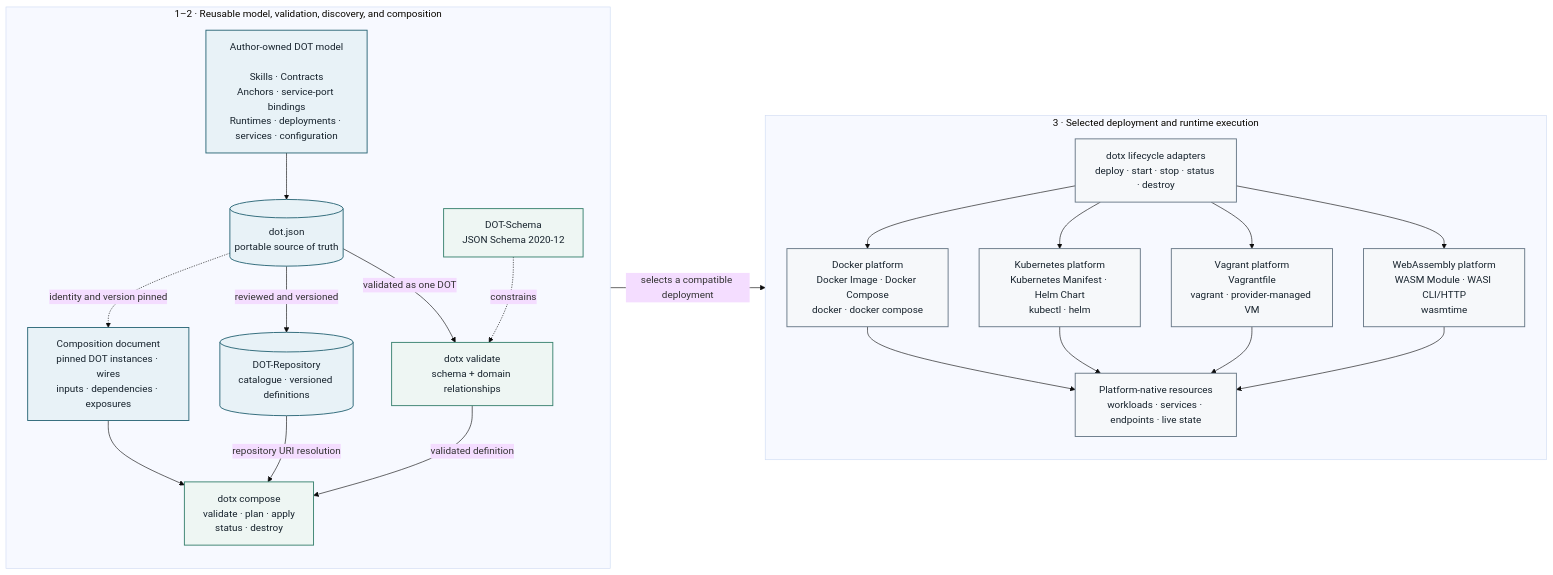
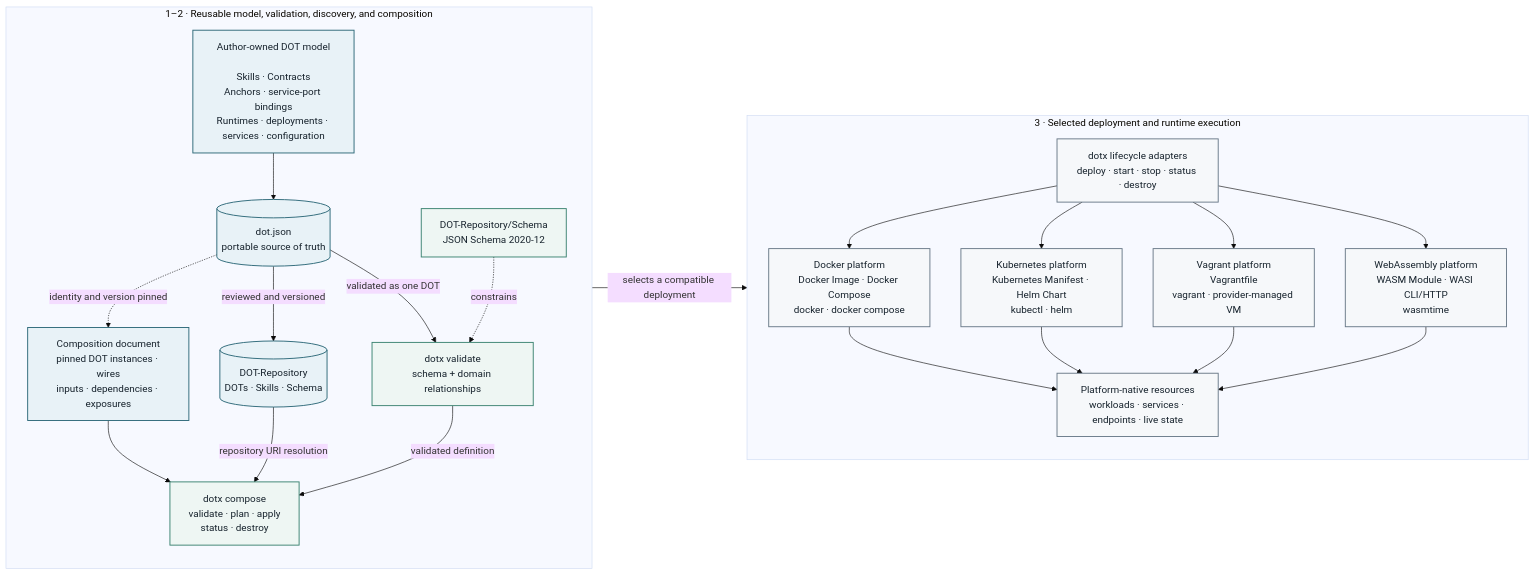
One commit to MARE-EU-Project/DOT-Docs changed the diagram in DOT-Design/0.2.0-rc.2/dot-design/_attachments/diagrams/dot-system-context.mmd. Above: the diagram before and after it, drawn with Mermaid (base theme). The commit also changed 21 other files, not shown here.

```diff
--- a/DOT-Design/0.2.0-rc.2/dot-design/_attachments/diagrams/dot-system-context.mmd
+++ b/DOT-Design/0.2.0-rc.2/dot-design/_attachments/diagrams/dot-system-context.mmd
@@ -1,52 +1,52 @@
 flowchart LR
   accTitle: DOT-Design system context and supported runtime mappings
-  accDescr: DOT authors combine capabilities, contracts, anchors, service bindings, configuration, and runtime declarations in dot.json. DOT-Schema and dotx validate the reusable definition, DOT-Repository versions it, and a separate composition pins instances and wires. The dotx lifecycle layer deploys Docker images, Docker Compose, Kubernetes manifests, Helm charts, Vagrantfiles, and SHA-256-pinned WebAssembly modules through Wasmtime and WASI.
+  accDescr: DOT authors combine capabilities, contracts, anchors, service bindings, configuration, and runtime declarations in dot.json. DOT-Repository co-versions definitions, the generated schema, and high-level skill classifications; dotx validates the reusable definition, and a separate composition pins instances and wires. The dotx lifecycle layer deploys Docker images, Docker Compose, Kubernetes manifests, Helm charts, Vagrantfiles, and SHA-256-pinned WebAssembly modules through Wasmtime and WASI.
 
   subgraph DesignTime["1–2 · Reusable model, validation, discovery, and composition"]
     direction TB
     Authored["Author-owned DOT model<br/><br/>Skills · Contracts<br/>Anchors · service-port bindings<br/>Runtimes · deployments · services · configuration"]
     Dot[("dot.json<br/>portable source of truth")]
     Authored --> Dot
 
-    Schema["DOT-Schema<br/>JSON Schema 2020-12"] -.->|constrains| Validation["dotx validate<br/>schema + domain relationships"]
-    Repository[("DOT-Repository<br/>catalogue · versioned definitions")]
+    Schema["DOT-Repository/Schema<br/>JSON Schema 2020-12"] -.->|constrains| Validation["dotx validate<br/>schema + domain relationships"]
+    Repository[("DOT-Repository<br/>DOTs · Skills · Schema")]
     Document["Composition document<br/>pinned DOT instances · wires<br/>inputs · dependencies · exposures"]
     Compose["dotx compose<br/>validate · plan · apply<br/>status · destroy"]
 
     Dot -->|validated as one DOT| Validation
     Dot -->|reviewed and versioned| Repository
     Dot -.->|identity and version pinned| Document
     Document --> Compose
     Validation -->|validated definition| Compose
     Repository -->|repository URI resolution| Compose
   end
 
   subgraph Execution["3 · Selected deployment and runtime execution"]
     direction TB
     Adapters["dotx lifecycle adapters<br/>deploy · start · stop · status · destroy"]
     Docker["Docker platform<br/>Docker Image · Docker Compose<br/>docker · docker compose"]
     Kubernetes["Kubernetes platform<br/>Kubernetes Manifest · Helm Chart<br/>kubectl · helm"]
     Vagrant["Vagrant platform<br/>Vagrantfile<br/>vagrant · provider-managed VM"]
     Wasm["WebAssembly platform<br/>WASM Module · WASI CLI/HTTP<br/>wasmtime"]
     Native["Platform-native resources<br/>workloads · services · endpoints · live state"]
 
     Adapters --> Docker
     Adapters --> Kubernetes
     Adapters --> Vagrant
     Adapters --> Wasm
     Docker --> Native
     Kubernetes --> Native
     Vagrant --> Native
     Wasm --> Native
   end
 
   DesignTime -->|selects a compatible deployment| Execution
 
   classDef artifact fill:#e8f2f7,stroke:#2b6777,color:#17232d,stroke-width:1.5px;
   classDef service fill:#eef6f3,stroke:#39826f,color:#17232d,stroke-width:1.5px;
   classDef runtime fill:#f6f8fa,stroke:#687887,color:#17232d,stroke-width:1.5px;
   classDef pending fill:#fff7d6,stroke:#b7791f,color:#3d2b0a,stroke-width:1.5px,stroke-dasharray:5 4;
   class Authored,Dot,Document artifact;
   class Schema,Validation,Compose service;
   class Repository artifact;
   class Adapters,Docker,Kubernetes,Vagrant,Wasm,Native runtime;
```
